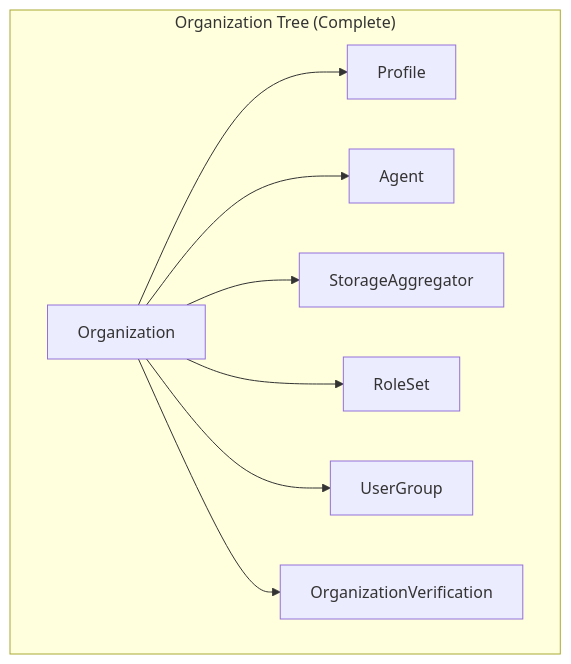
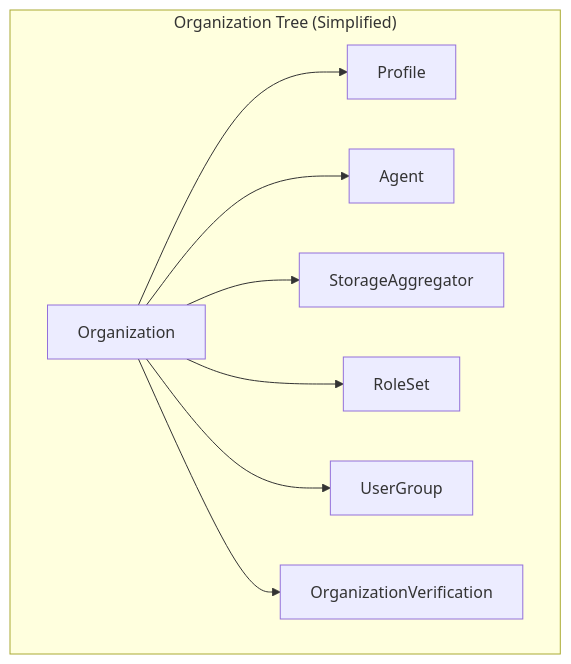
The eighth of 13 diagrams in docs/credential-based-authorization.md (alkem-io/server), drawn with Mermaid before and after one commit. The commit also changed other lines of this file, not shown here.

First line of the commit message:
Simplifies authorization tree diagrams.

````diff
--- a/docs/credential-based-authorization.md
+++ b/docs/credential-based-authorization.md
@@ -265,11 +267,11 @@
 ```mermaid
 graph TD
-    subgraph "Organization Tree (Complete)"
+    subgraph "Organization Tree (Simplified)"
         Organization --> OrgProfile[Profile];
         Organization --> OrgAgent[Agent];
         Organization --> OrgStorage[StorageAggregator];
         Organization --> RoleSet;
         Organization --> UserGroup;
         Organization --> OrganizationVerification;
     end
 ```
````
